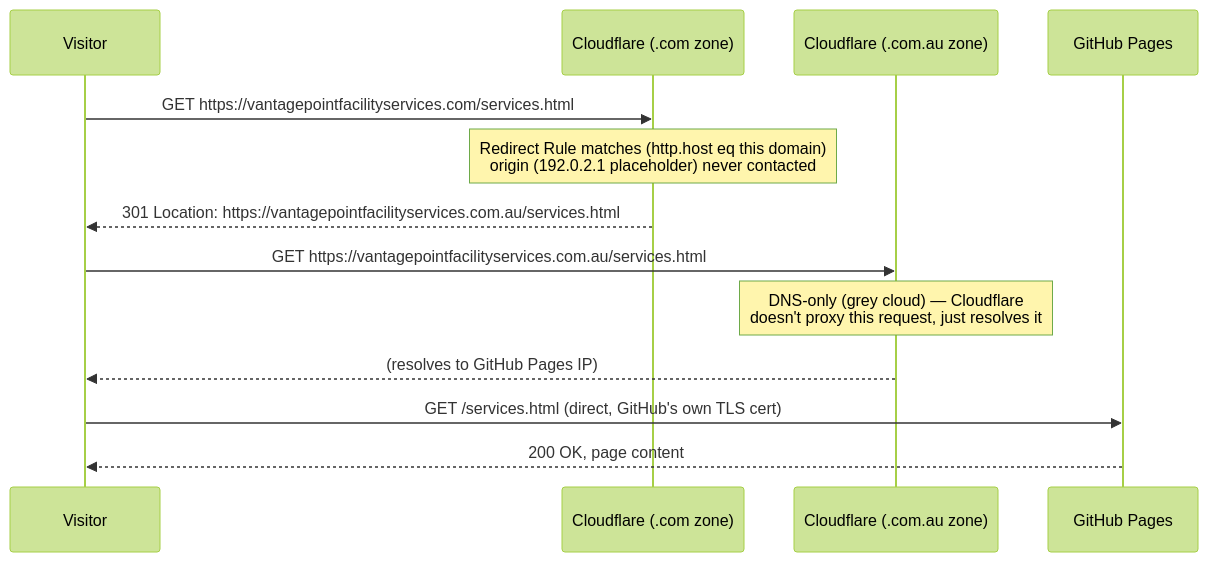
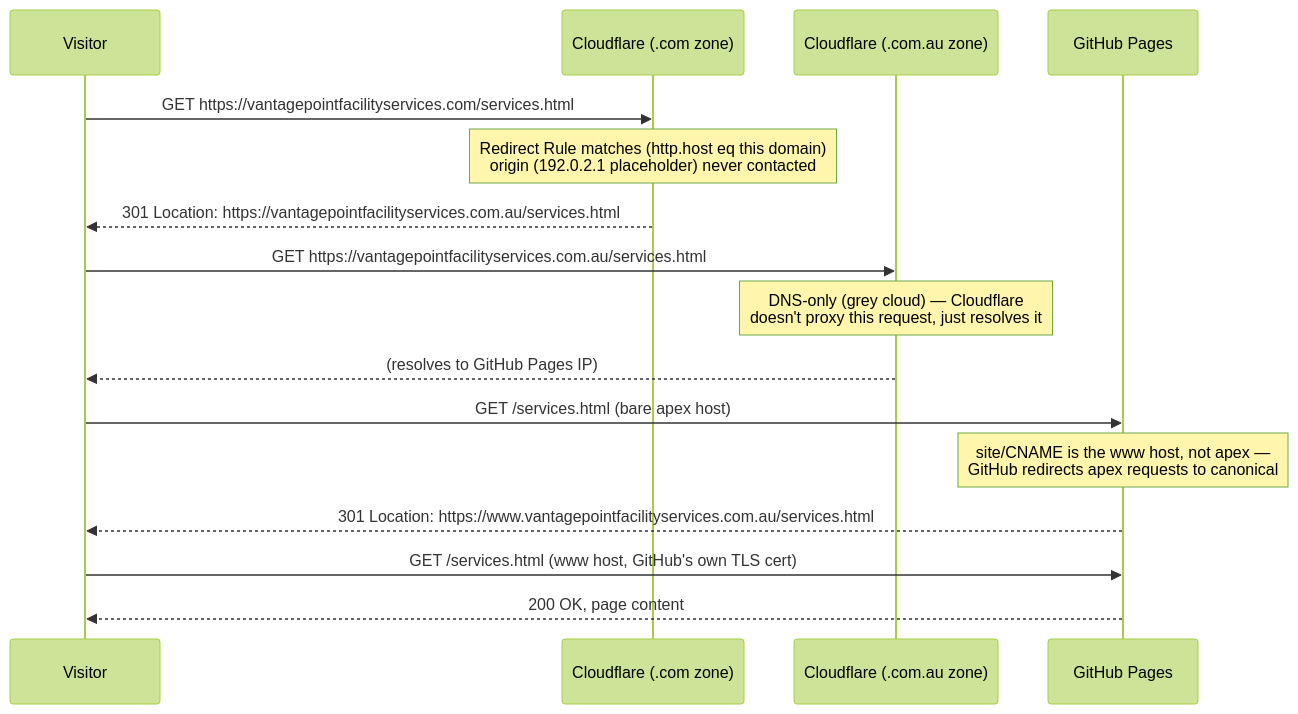
Before and after one commit to VantagePointFacilityServices/vpfs-website: the third of 3 diagrams in docs/ARCHITECTURE.md, drawn with Mermaid (forest theme). The commit also changed other lines of this file and 4 other files, not shown here.

````diff
--- a/docs/ARCHITECTURE.md
+++ b/docs/ARCHITECTURE.md
@@ -80,16 +85,19 @@
 ```mermaid
 sequenceDiagram
     participant V as Visitor
     participant CF2 as Cloudflare (.com zone)
     participant CF1 as Cloudflare (.com.au zone)
     participant GH as GitHub Pages
 
     V->>CF2: GET https://vantagepointfacilityservices.com/services.html
     Note over CF2: Redirect Rule matches (http.host eq this domain)<br/>origin (192.0.2.1 placeholder) never contacted
     CF2-->>V: 301 Location: https://vantagepointfacilityservices.com.au/services.html
     V->>CF1: GET https://vantagepointfacilityservices.com.au/services.html
     Note over CF1: DNS-only (grey cloud) — Cloudflare<br/>doesn't proxy this request, just resolves it
     CF1-->>V: (resolves to GitHub Pages IP)
-    V->>GH: GET /services.html (direct, GitHub's own TLS cert)
+    V->>GH: GET /services.html (bare apex host)
+    Note over GH: site/CNAME is the www host, not apex —<br/>GitHub redirects apex requests to canonical
+    GH-->>V: 301 Location: https://www.vantagepointfacilityservices.com.au/services.html
+    V->>GH: GET /services.html (www host, GitHub's own TLS cert)
     GH-->>V: 200 OK, page content
 ```
````
